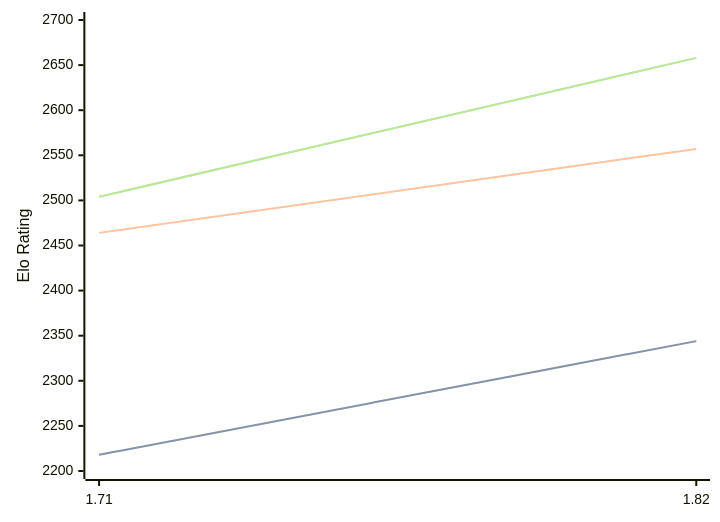
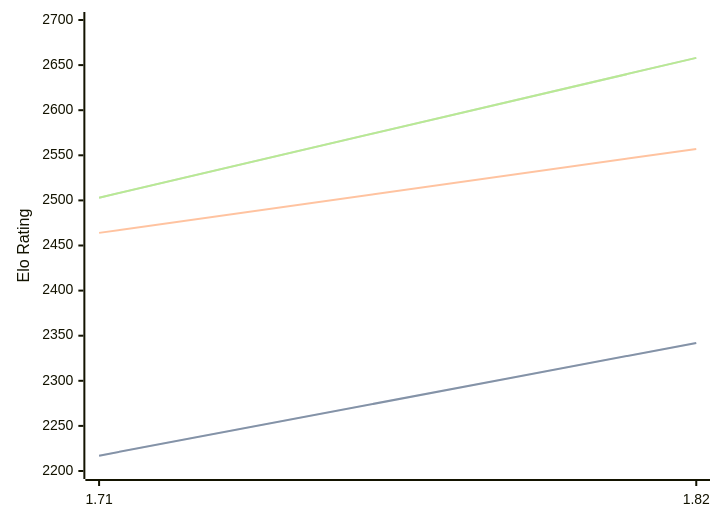
One commit to computer-chess-index/cci changed the diagram in engines/Amira.md. Above: the diagram before and after it, drawn with Mermaid. The commit also changed other lines of this file, not shown here.

Commit message:
Update CCI Ratings (ELO VLTC) - 2026-03-23

````diff
--- a/engines/Amira.md
+++ b/engines/Amira.md
@@ -35,11 +35,11 @@
 ```mermaid
 %%{init: {"theme":"base","themeVariables":{"seriesColors:['#a3a3a3','#222221','#faa371']}}}%%
 xychart-beta
   x-axis ["1.71", "1.82"]
   y-axis "Elo Rating" 2200 --> 2700
-  line "STC (8.0+0.08s)" [2218, 2344]
-  line "STC (8.0+0.08s)" [2218, 2344]
+  line "STC (8.0+0.08s)" [2217, 2342]
+  line "STC (8.0+0.08s)" [2217, 2342]
   line "LTC (60.0+0.60s)" [2464, 2557]
-  line "VLTC (2m24s+1.12s)" [2504, 2658]
-  line "VLTC (2m24s+1.12s)" [2504, 2658]
+  line "VLTC (2m24s+1.12s)" [2503, 2658]
+  line "VLTC (2m24s+1.12s)" [2503, 2658]
 ```
````
